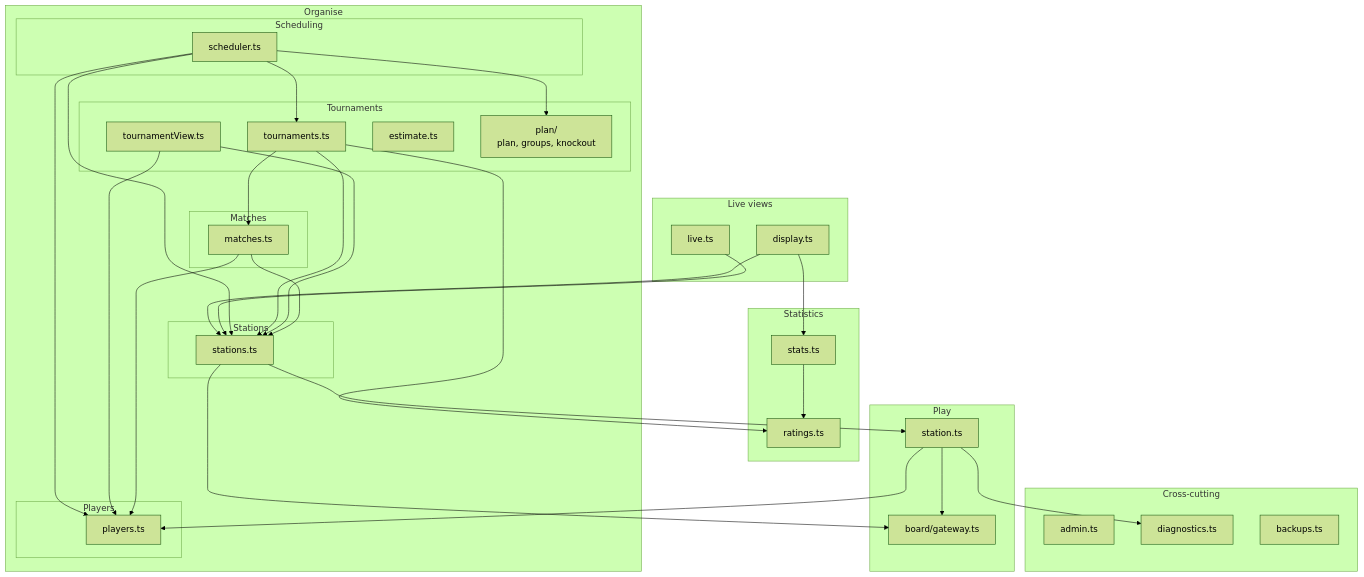
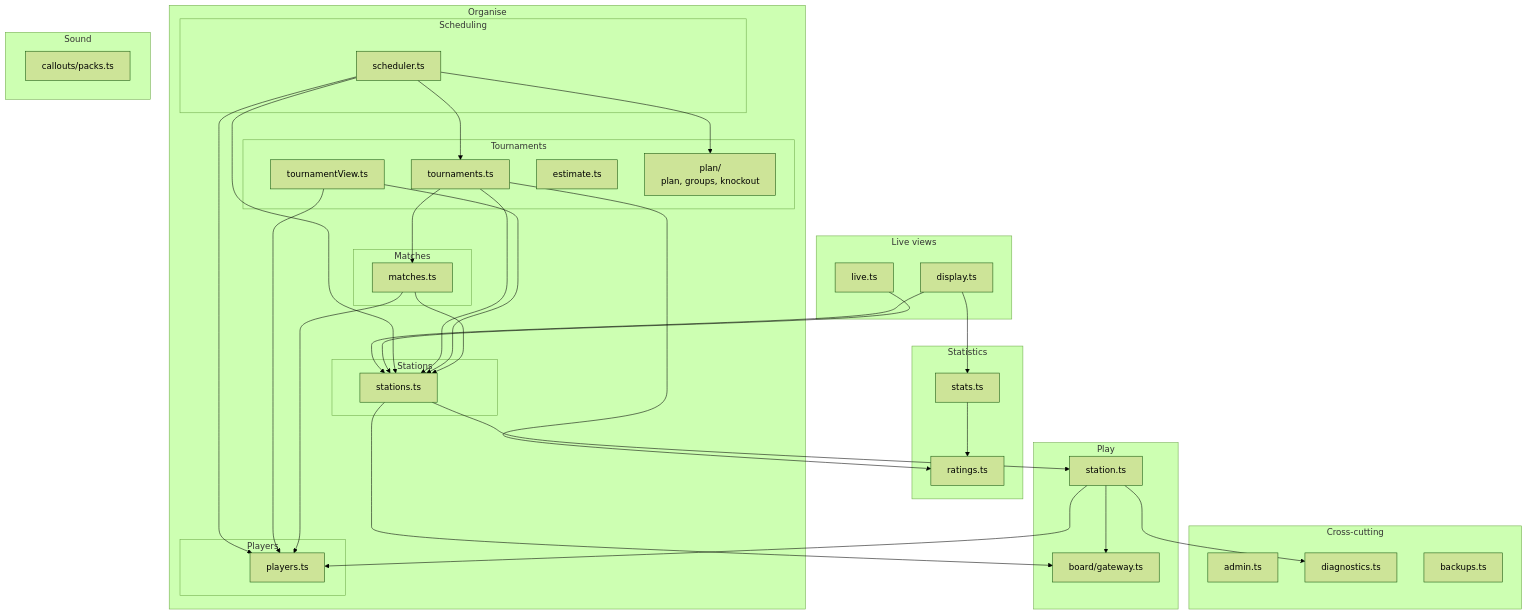
The second of 2 diagrams in docs/architecture/05-building-block-view.md (sverbach/n4-darts), drawn with Mermaid (forest theme) before and after one commit. The commit also changed other lines of this file and 8 other files, not shown here.

Commit message:
Callouts in the docs: README, ui-pages, architecture, design system, glossary (audio-callouts 05)

````diff
--- a/docs/architecture/05-building-block-view.md
+++ b/docs/architecture/05-building-block-view.md
@@ -91,71 +91,75 @@
 ```mermaid
 flowchart TB
     subgraph views["Live views"]
         live["live.ts"]
         display["display.ts"]
     end
 
     subgraph statistics["Statistics"]
         stats["stats.ts"]
         ratings["ratings.ts"]
     end
 
     subgraph organise["Organise"]
         subgraph sched["Scheduling"]
             scheduler["scheduler.ts"]
         end
         subgraph tour["Tournaments"]
             tournaments["tournaments.ts"]
             tview["tournamentView.ts"]
             estimate["estimate.ts"]
             plan["plan/<br/>plan, groups, knockout"]
         end
         subgraph mat["Matches"]
             matches["matches.ts"]
         end
         subgraph pl["Players"]
             players["players.ts"]
         end
         subgraph st["Stations"]
             stations["stations.ts"]
         end
     end
 
     subgraph play["Play"]
         station["station.ts"]
         gateway["board/gateway.ts"]
     end
 
+    subgraph sound["Sound"]
+        packs["callouts/packs.ts"]
+    end
+
     subgraph cross["Cross-cutting"]
         admin["admin.ts"]
         diagnostics["diagnostics.ts"]
         backups["backups.ts"]
     end
 
     display --> stats
     display --> stations
     live --> stations
 
     stats --> ratings
 
     scheduler --> tournaments
     scheduler --> stations
     scheduler --> plan
     scheduler --> players
 
     tournaments --> matches
     tournaments --> ratings
     tournaments --> stations
     tview --> players
     tview --> stations
 
     matches --> stations
     matches --> players
 
     stations --> station
     stations --> gateway
     station --> gateway
     station --> players
 
     station --> diagnostics
 ```
````
